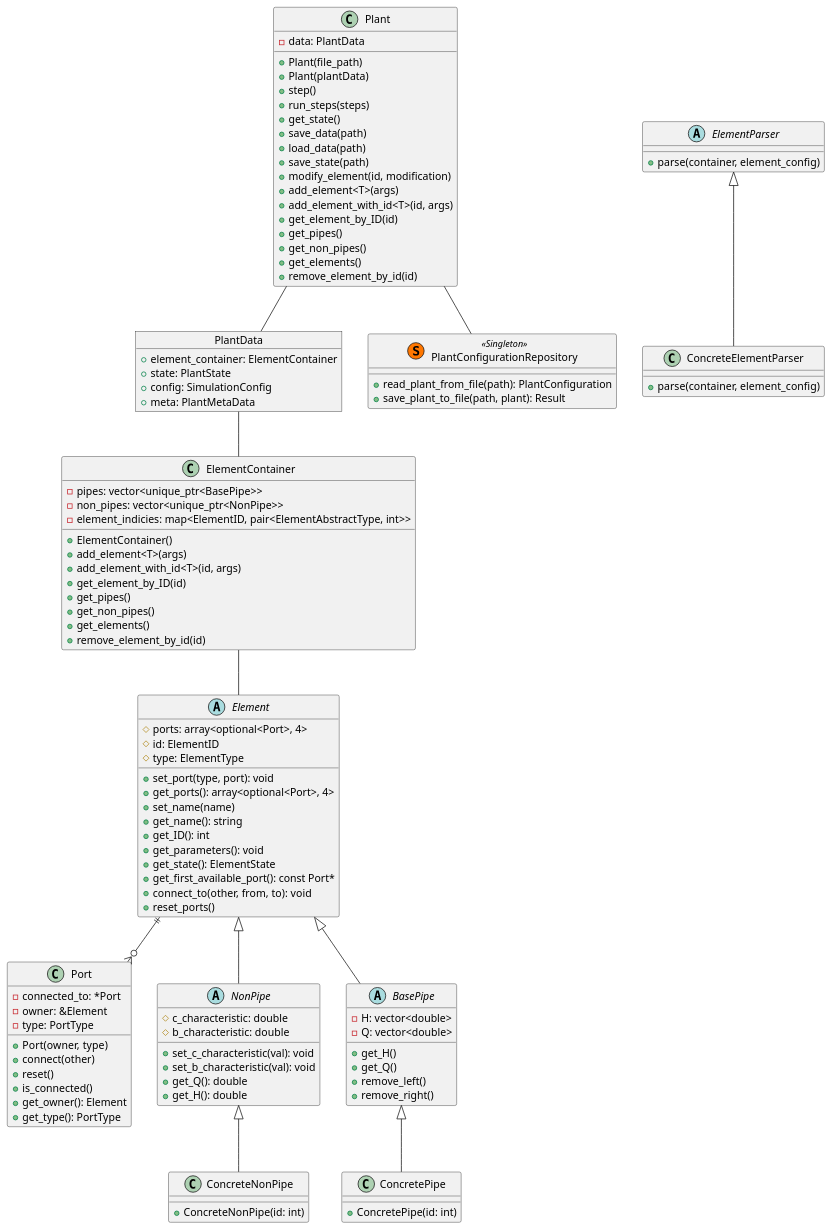
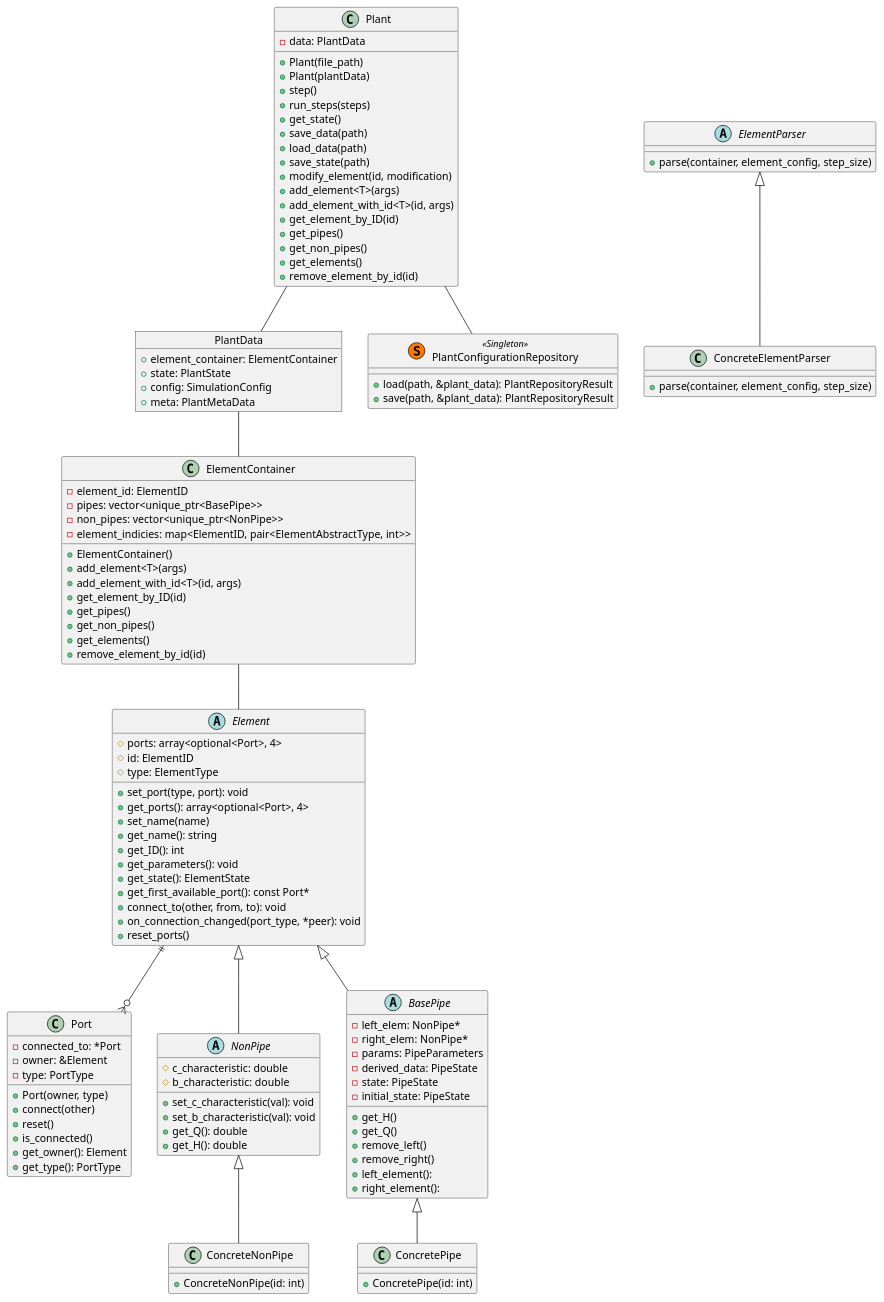
One commit to LVTrans/LVTransCore changed the diagram in assets/system_architecture.puml. Above: the diagram before and after it, drawn with PlantUML.

Commit message:
docs: update architecture

```diff
--- a/assets/system_architecture.puml
+++ b/assets/system_architecture.puml
@@ -1,138 +1,146 @@
 @startuml
 
 class Port {
   + Port(owner, type)
   + connect(other)
   + reset()
   + is_connected()
   + get_owner(): Element
   + get_type(): PortType
   - connected_to: *Port
   - owner: &Element
   - type: PortType
 }
 
 abstract class Element {
   # ports: array<optional<Port>, 4>
   # id: ElementID
   # type: ElementType
   + set_port(type, port): void
   + get_ports(): array<optional<Port>, 4>
   + set_name(name)
-  + get_name(): string 
+  + get_name(): string
   + get_ID(): int
   + get_parameters(): void
   + get_state(): ElementState
   + get_first_available_port(): const Port*
   + connect_to(other, from, to): void
+  + on_connection_changed(port_type, *peer): void
   + reset_ports()
-  
+
 }
 
 abstract class NonPipe {
   # c_characteristic: double
   # b_characteristic: double
   + set_c_characteristic(val): void
   + set_b_characteristic(val): void
   + get_Q(): double
   + get_H(): double
 
 }
 
 abstract class BasePipe {
-  - H: vector<double>
-  - Q: vector<double>
+  - left_elem: NonPipe*
+  - right_elem: NonPipe*
+  - params: PipeParameters
+  - derived_data: PipeState
+  - state: PipeState
+  - initial_state: PipeState
   + get_H()
   + get_Q()
   + remove_left()
   + remove_right()
+  + left_element(): 
+  + right_element(): 
 }
 
 class ConcreteNonPipe  {
   + ConcreteNonPipe(id: int)
 }
 
 class ConcretePipe {
   + ConcretePipe(id: int)
 }
 
 
 class Plant {
   - data: PlantData
   + Plant(file_path)
   + Plant(plantData)
-  + step() 
-  + run_steps(steps) 
+  + step()
+  + run_steps(steps)
   + get_state()
   + save_data(path)
   + load_data(path)
   + save_state(path)
   + modify_element(id, modification)
   + add_element<T>(args)
   + add_element_with_id<T>(id, args)
   + get_element_by_ID(id)
-  + get_pipes() 
+  + get_pipes()
   + get_non_pipes()
   + get_elements()
   + remove_element_by_id(id)
 }
 
 
 object PlantData {
   + element_container: ElementContainer
   + state: PlantState
   + config: SimulationConfig
   + meta: PlantMetaData
 }
 
 
 class ElementContainer {
+  - element_id: ElementID
   - pipes: vector<unique_ptr<BasePipe>>
   - non_pipes: vector<unique_ptr<NonPipe>>
   - element_indicies: map<ElementID, pair<ElementAbstractType, int>>
   + ElementContainer()
   + add_element<T>(args)
   + add_element_with_id<T>(id, args)
   + get_element_by_ID(id)
-  + get_pipes() 
+  + get_pipes()
   + get_non_pipes()
   + get_elements()
   + remove_element_by_id(id)
 }
 
 
 class PlantConfigurationRepository << (S,#FF7700) Singleton >> {
-  + read_plant_from_file(path): PlantConfiguration
-  + save_plant_to_file(path, plant): Result
+  + load(path, &plant_data): PlantRepositoryResult
+  + save(path, &plant_data): PlantRepositoryResult
 }
 
 abstract class ElementParser {
-  + parse(container, element_config)
+  + parse(container, element_config, step_size)
 }
 
 class ConcreteElementParser {
-  + parse(container, element_config)
+  + parse(container, element_config, step_size)
 }
 
 
 
 
 ' Relations
 Plant -- PlantData
 
 Element <|-- NonPipe
 Element <|-- BasePipe
 Element ||--o{ Port
 
 NonPipe <|-- ConcreteNonPipe
 BasePipe <|-- ConcretePipe
 
 ElementParser <|-- ConcreteElementParser
 
 
 ElementContainer -- Element
 
 PlantData -- ElementContainer
 Plant -- PlantConfigurationRepository
 
 @enduml
```
